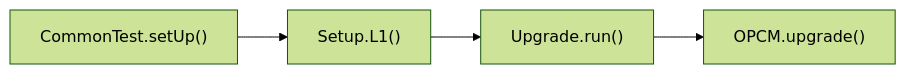
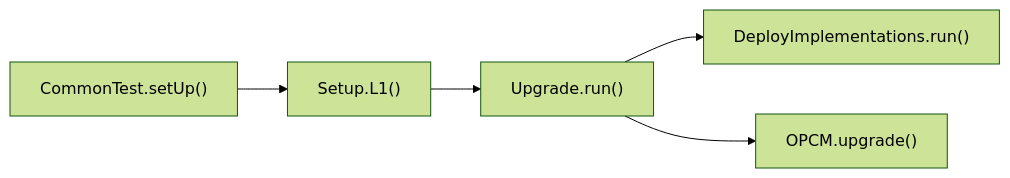
Before and after one commit to ethereum-optimism/design-docs: the second of 2 diagrams in solidity/20241126-upgrade-path-testing.md, drawn with Mermaid (forest theme). The commit also changed other lines of this file, not shown here.

````diff
--- a/solidity/20241126-upgrade-path-testing.md
+++ b/solidity/20241126-upgrade-path-testing.md
@@ -73,4 +80,6 @@
 ```mermaid
 graph LR
-    A["CommonTest.setUp()"] --> B["Setup.L1()"] -->  C["Upgrade.run()"] --> D["OPCM.upgrade()"]
+    A["CommonTest.setUp()"] --> B["Setup.L1()"] -->  C["Upgrade.run()"]
+    C --> D["DeployImplementations.run()"]
+    C --> E["OPCM.upgrade()"]
 ```
````
